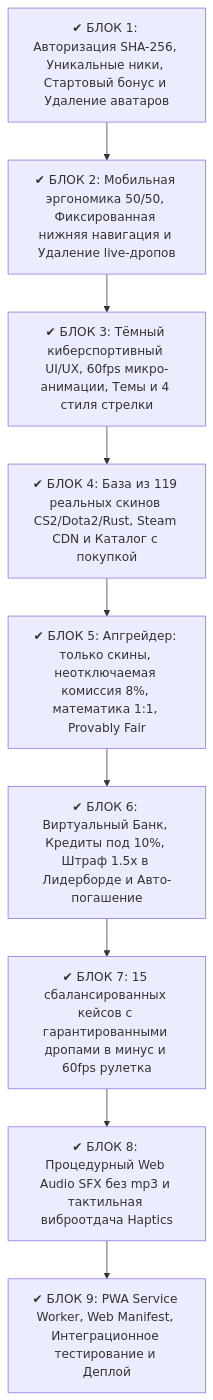
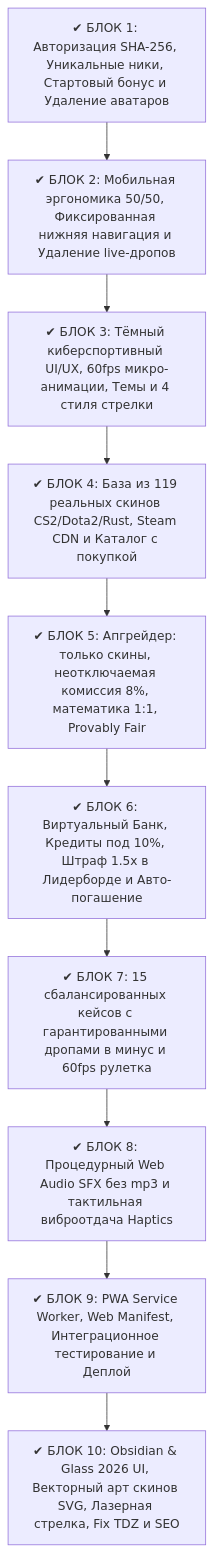
One commit to kipsway/simup changed the diagram in PLAN.md. Above: the diagram before and after it, drawn with Mermaid. The commit also changed other lines of this file, not shown here.

Commit message:
docs(plan): document Block 10 Obsidian & Glass overhaul, SVG art engine, and SEO integration

````diff
--- a/PLAN.md
+++ b/PLAN.md
@@ -17,14 +17,15 @@
 ```mermaid
 graph TD
     B1[✔ БЛОК 1: Авторизация SHA-256, Уникальные ники, Стартовый бонус и Удаление аватаров]
     B2[✔ БЛОК 2: Мобильная эргономика 50/50, Фиксированная нижняя навигация и Удаление live-дропов]
     B3[✔ БЛОК 3: Тёмный киберспортивный UI/UX, 60fps микро-анимации, Темы и 4 стиля стрелки]
     B4[✔ БЛОК 4: База из 119 реальных скинов CS2/Dota2/Rust, Steam CDN и Каталог с покупкой]
     B5[✔ БЛОК 5: Апгрейдер: только скины, неотключаемая комиссия 8%, математика 1:1, Provably Fair]
     B6[✔ БЛОК 6: Виртуальный Банк, Кредиты под 10%, Штраф 1.5x в Лидерборде и Авто-погашение]
     B7[✔ БЛОК 7: 15 сбалансированных кейсов с гарантированными дропами в минус и 60fps рулетка]
     B8[✔ БЛОК 8: Процедурный Web Audio SFX без mp3 и тактильная виброотдача Haptics]
     B9[✔ БЛОК 9: PWA Service Worker, Web Manifest, Интеграционное тестирование и Деплой]
+    B10[✔ БЛОК 10: Obsidian & Glass 2026 UI, Векторный арт скинов SVG, Лазерная стрелка, Fix TDZ и SEO]
 
-    B1 --> B2 --> B3 --> B4 --> B5 --> B6 --> B7 --> B8 --> B9
+    B1 --> B2 --> B3 --> B4 --> B5 --> B6 --> B7 --> B8 --> B9 --> B10
 ```
````
